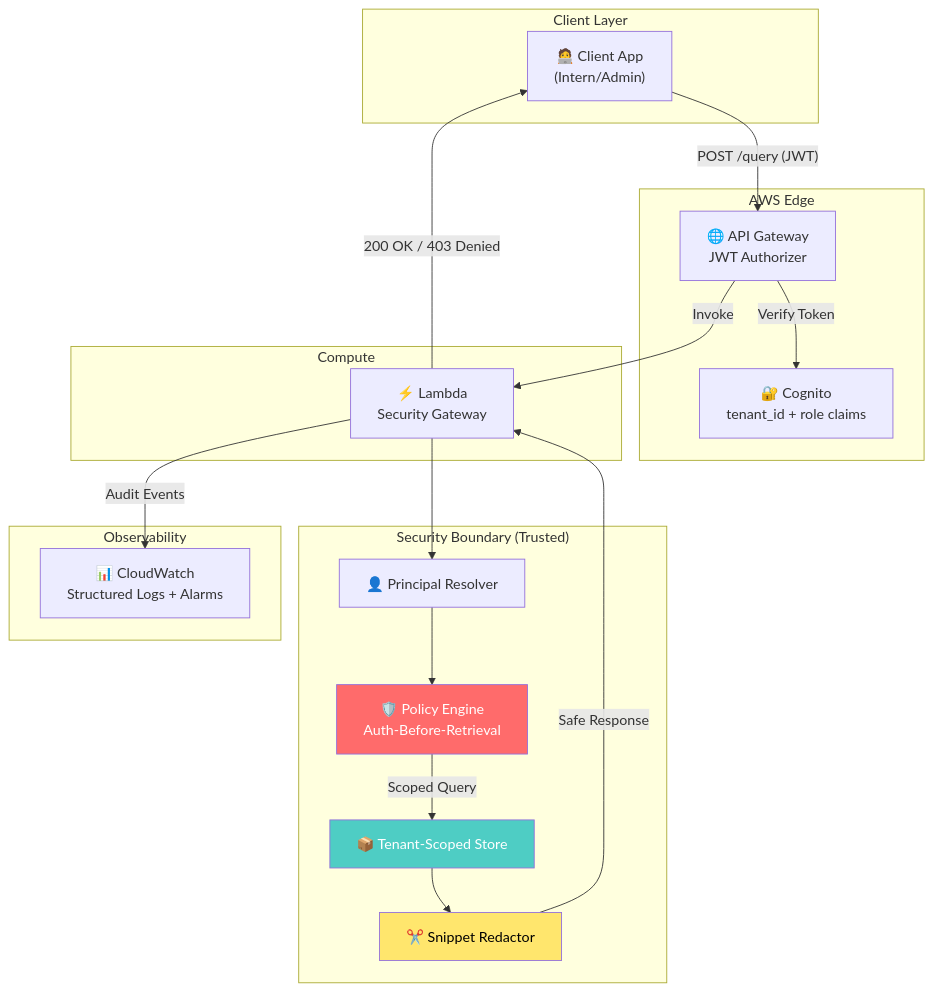
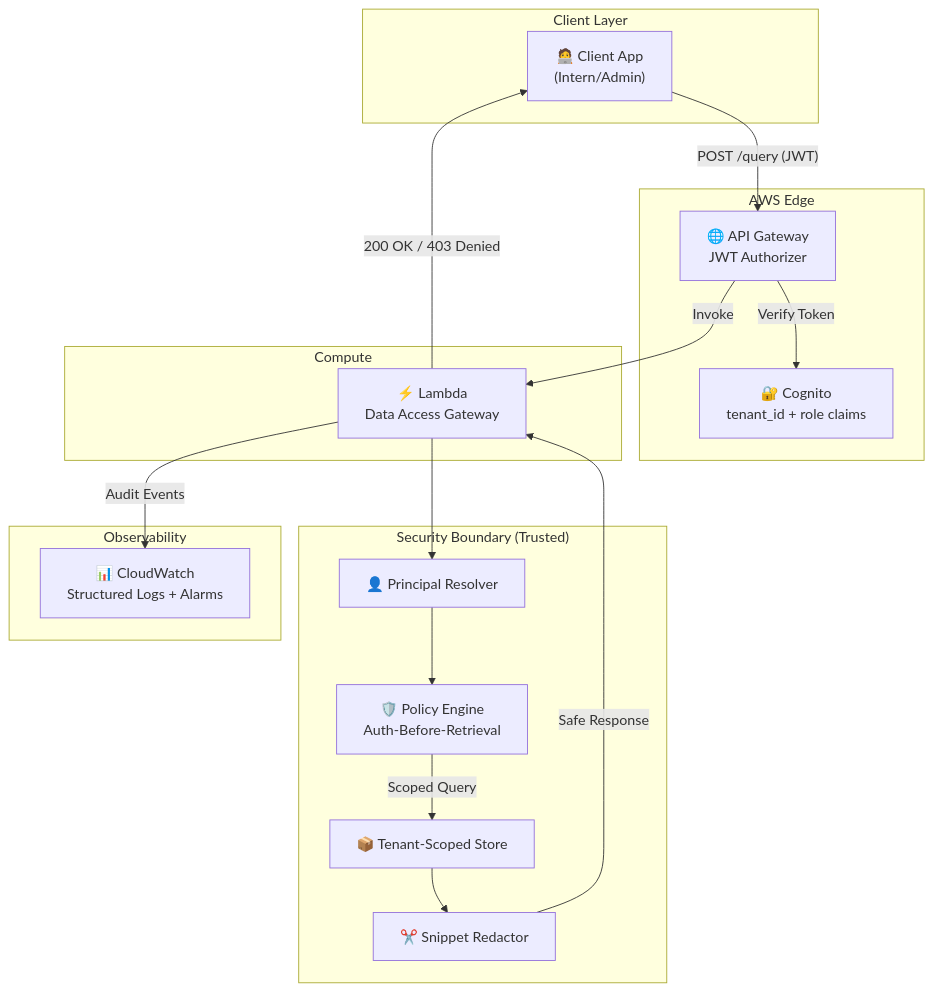
Before and after one commit to eugene-infosec/ai-security-gateway: the second of 2 diagrams in README.md, drawn with Mermaid. The commit also changed other lines of this file and 34 other files, not shown here.

````diff
--- a/README.md
+++ b/README.md
@@ -165,41 +185,37 @@
 ```mermaid
 graph TB
     subgraph "Client Layer"
         Client["🧑‍💻 Client App<br/>(Intern/Admin)"]
     end
 
     subgraph "AWS Edge"
         APIGW["🌐 API Gateway<br/>JWT Authorizer"]
         Cognito["🔐 Cognito<br/>tenant_id + role claims"]
     end
 
     subgraph "Compute"
-        Lambda["⚡ Lambda<br/>Security Gateway"]
+        Lambda["⚡ Lambda<br/>Data Access Gateway"]
     end
 
     subgraph "Security Boundary (Trusted)"
         Principal["👤 Principal Resolver"]
         Policy["🛡️ Policy Engine<br/>Auth-Before-Retrieval"]
         Store["📦 Tenant-Scoped Store"]
         Redact["✂️ Snippet Redactor"]
     end
 
     subgraph "Observability"
         CW["📊 CloudWatch<br/>Structured Logs + Alarms"]
     end
 
     Client -->|"POST /query (JWT)"| APIGW
     APIGW -->|"Verify Token"| Cognito
     APIGW -->|"Invoke"| Lambda
     Lambda --> Principal
     Principal --> Policy
     Policy -->|"Scoped Query"| Store
     Store --> Redact
     Redact -->|"Safe Response"| Lambda
     Lambda -->|"Audit Events"| CW
     Lambda -->|"200 OK / 403 Denied"| Client
-
-    style Policy fill:#ff6b6b,color:#fff
-    style Store fill:#4ecdc4,color:#fff
-    style Redact fill:#ffe66d,color:#000
 ```
````
